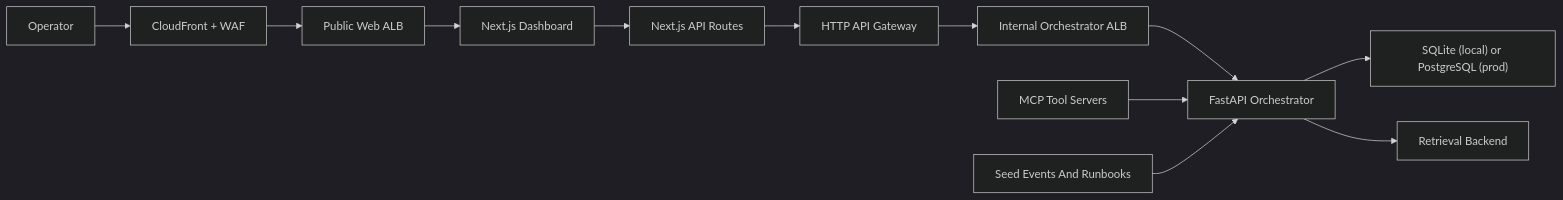
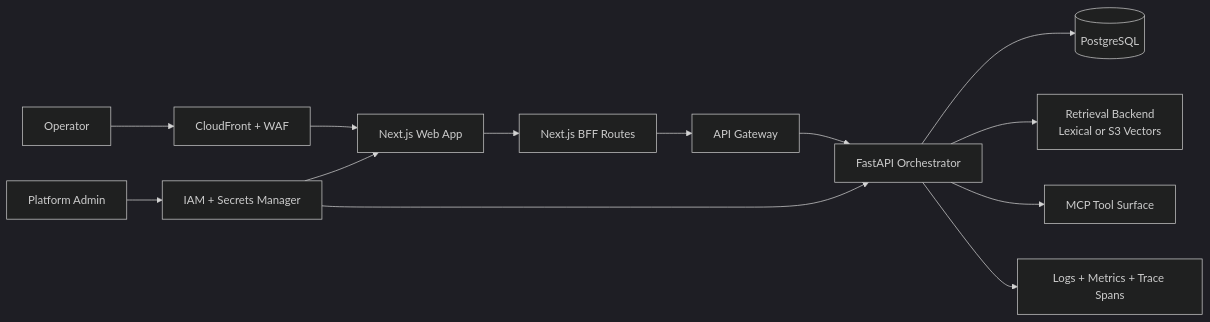
One commit to denis-mutuma/fleet-health-copilot changed the first of 3 diagrams in docs/architecture.md. Above: the diagram before and after it, drawn with Mermaid (dark theme). The commit also changed other lines of this file and 20 other files, not shown here.

````diff
--- a/docs/architecture.md
+++ b/docs/architecture.md
@@ -7,14 +17,17 @@
 ```mermaid
 flowchart LR
-  operator["Operator"] --> edge["CloudFront + WAF"]
-  edge --> webAlb["Public Web ALB"]
-  webAlb --> webApp["Next.js Dashboard"]
-  webApp --> webApi["Next.js API Routes"]
-  webApi --> apiGateway["HTTP API Gateway"]
-  apiGateway --> internalAlb["Internal Orchestrator ALB"]
-  internalAlb --> orchestrator["FastAPI Orchestrator"]
-  orchestrator --> store["SQLite (local) or PostgreSQL (prod)"]
-  orchestrator --> ragBackend["Retrieval Backend"]
-  mcpTools["MCP Tool Servers"] --> orchestrator
-  seedData["Seed Events And Runbooks"] --> orchestrator
+  Operator[Operator] --> Edge[CloudFront + WAF]
+  Edge --> Web[Next.js Web App]
+  Web --> BFF[Next.js BFF Routes]
+  BFF --> APIGW[API Gateway]
+  APIGW --> Orchestrator[FastAPI Orchestrator]
+
+  Orchestrator --> DB[(PostgreSQL)]
+  Orchestrator --> RAG[Retrieval Backend\nLexical or S3 Vectors]
+  Orchestrator --> MCP[MCP Tool Surface]
+  Orchestrator --> Obs[Logs + Metrics + Trace Spans]
+
+  Admin[Platform Admin] --> IAM[IAM + Secrets Manager]
+  IAM --> Orchestrator
+  IAM --> Web
 ```
````
